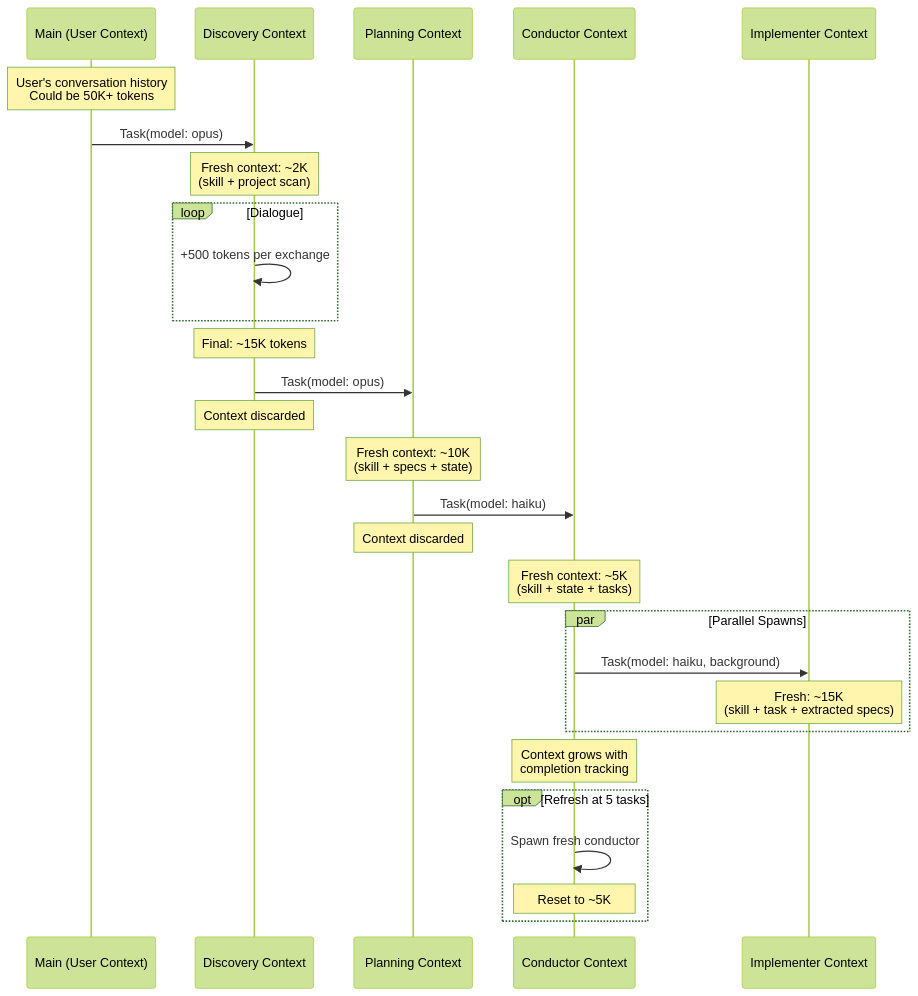
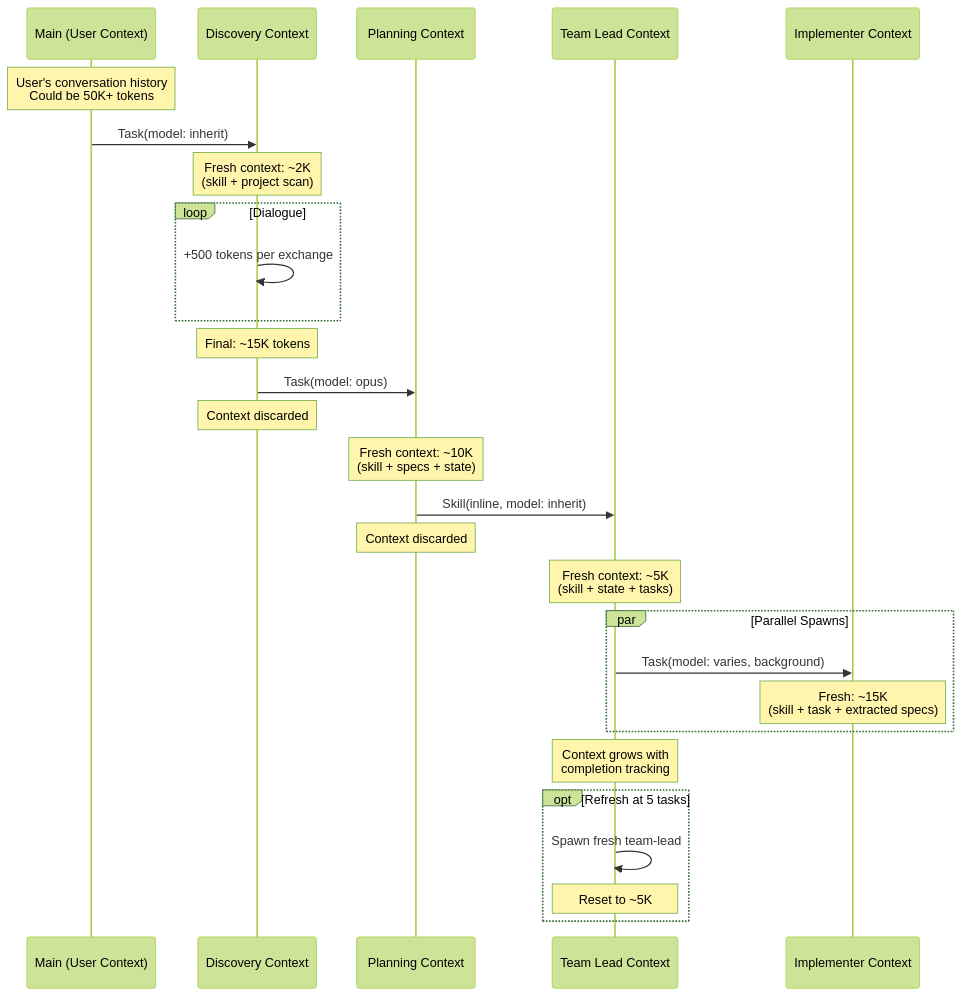
Before and after one commit to Zxela/claude-create: the fifth of 7 diagrams in diagrams/context-flow.md, drawn with Mermaid (forest theme). The commit also changed other lines of this file and 5 other files, not shown here.

First line of the commit message:
fix: replace conductor with team-lead in diagrams, fix model assignments and phase transitions (#11)

````diff
--- a/diagrams/context-flow.md
+++ b/diagrams/context-flow.md
@@ -152,40 +152,40 @@
 ```mermaid
 sequenceDiagram
     participant M as Main (User Context)
     participant D as Discovery Context
     participant P as Planning Context
-    participant C as Conductor Context
+    participant TL as Team Lead Context
     participant I as Implementer Context
 
     Note over M: User's conversation history<br/>Could be 50K+ tokens
 
-    M->>D: Task(model: opus)
+    M->>D: Task(model: inherit)
     Note over D: Fresh context: ~2K<br/>(skill + project scan)
 
     loop Dialogue
         D->>D: +500 tokens per exchange
     end
     Note over D: Final: ~15K tokens
 
     D->>P: Task(model: opus)
     Note over D: Context discarded
 
     Note over P: Fresh context: ~10K<br/>(skill + specs + state)
 
-    P->>C: Task(model: haiku)
+    P->>TL: Skill(inline, model: inherit)
     Note over P: Context discarded
 
-    Note over C: Fresh context: ~5K<br/>(skill + state + tasks)
+    Note over TL: Fresh context: ~5K<br/>(skill + state + tasks)
 
     par Parallel Spawns
-        C->>I: Task(model: haiku, background)
+        TL->>I: Task(model: varies, background)
         Note over I: Fresh: ~15K<br/>(skill + task + extracted specs)
     end
 
-    Note over C: Context grows with<br/>completion tracking
+    Note over TL: Context grows with<br/>completion tracking
 
     opt Refresh at 5 tasks
-        C->>C: Spawn fresh conductor
-        Note over C: Reset to ~5K
+        TL->>TL: Spawn fresh team-lead
+        Note over TL: Reset to ~5K
     end
 ```
````
